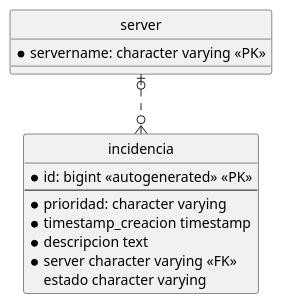
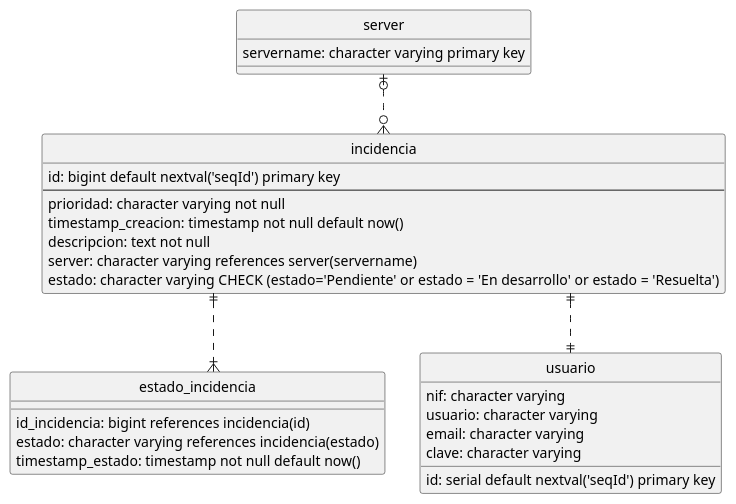
One commit to LorenaGadea/Ticketing changed the diagram in DB/db.plantuml. Above: the diagram before and after it, drawn with PlantUML. The commit also changed 1 other file, not shown here.

Commit message:
Actualizado el diagrama de plantuml con toda las tablas del ddl. También se sube el diagrama en forma de imagen. Hay posibles bugs en el ddl.

```diff
--- a/DB/db.plantuml
+++ b/DB/db.plantuml
@@ -1,25 +1,39 @@
 @startuml
 
 ' hide the spot
 hide circle
 
 ' avoid problems with angled crows feet
 skinparam linetype ortho
 
 entity "server" as server {
-  *servername: character varying <<PK>>
+	servername: character varying primary key
 }
 
-
 entity "incidencia" as incidencia {
-  *id: bigint <<autogenerated>> <<PK>>
-  --
-  *prioridad: character varying
-  *timestamp_creacion timestamp
-  *descripcion text
-  *server character varying <<FK>>
-  estado character varying
+	id: bigint default nextval('seqId') primary key
+	---
+	prioridad: character varying not null
+	timestamp_creacion: timestamp not null default now()
+	descripcion: text not null
+	server: character varying references server(servername)
+	estado: character varying CHECK (estado='Pendiente' or estado = 'En desarrollo' or estado = 'Resuelta')
 }
 server |o..o{ incidencia
 
+entity "estado_incidencia" as estado_incidencia{
+	id_incidencia: bigint references incidencia(id)
+	estado: character varying references incidencia(estado)
+	timestamp_estado: timestamp not null default now()
+}
+incidencia ||..|{ estado_incidencia
+
+entity "usuario" as usuario {
+	id: serial default nextval('seqId') primary key
+	nif: character varying
+	usuario: character varying
+	email: character varying
+	clave: character varying
+}
+incidencia ||..|| usuario
 @enduml
```
